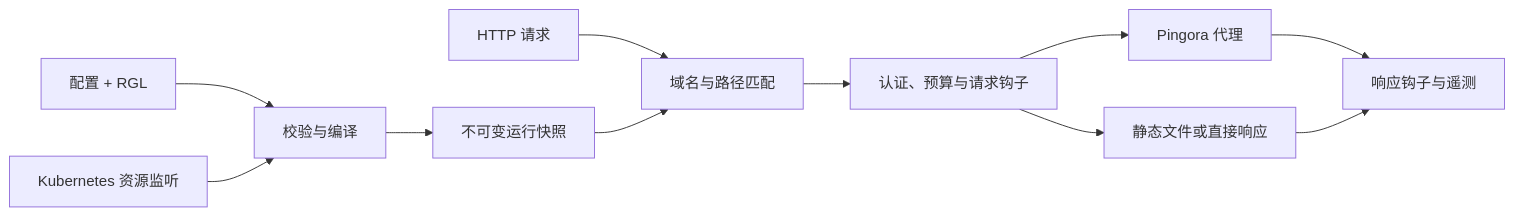
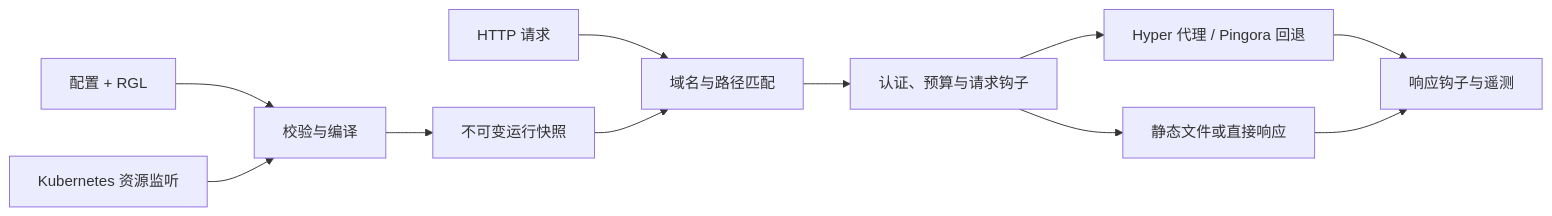
Before and after one commit to SamuelSupe/rgnix: the diagram in README.zh-CN.md, drawn with Mermaid. The commit also changed other lines of this file and 15 other files, not shown here.

First line of the commit message:
runtime: select Hyper by default and preserve explicit Pingora rollback

````diff
--- a/README.zh-CN.md
+++ b/README.zh-CN.md
@@ -248,13 +248,13 @@
 ```mermaid
 flowchart LR
     Files[配置 + RGL] --> Build[校验与编译]
     K8s[Kubernetes 资源监听] --> Build
     Build --> Snapshot[不可变运行快照]
     Request[HTTP 请求] --> Router[域名与路径匹配]
     Snapshot --> Router
     Router --> Policy[认证、预算与请求钩子]
-    Policy --> Proxy[Pingora 代理]
+    Policy --> Proxy[Hyper 代理 / Pingora 回退]
     Policy --> Local[静态文件或直接响应]
     Proxy --> Response[响应钩子与遥测]
     Local --> Response
 ```
````
